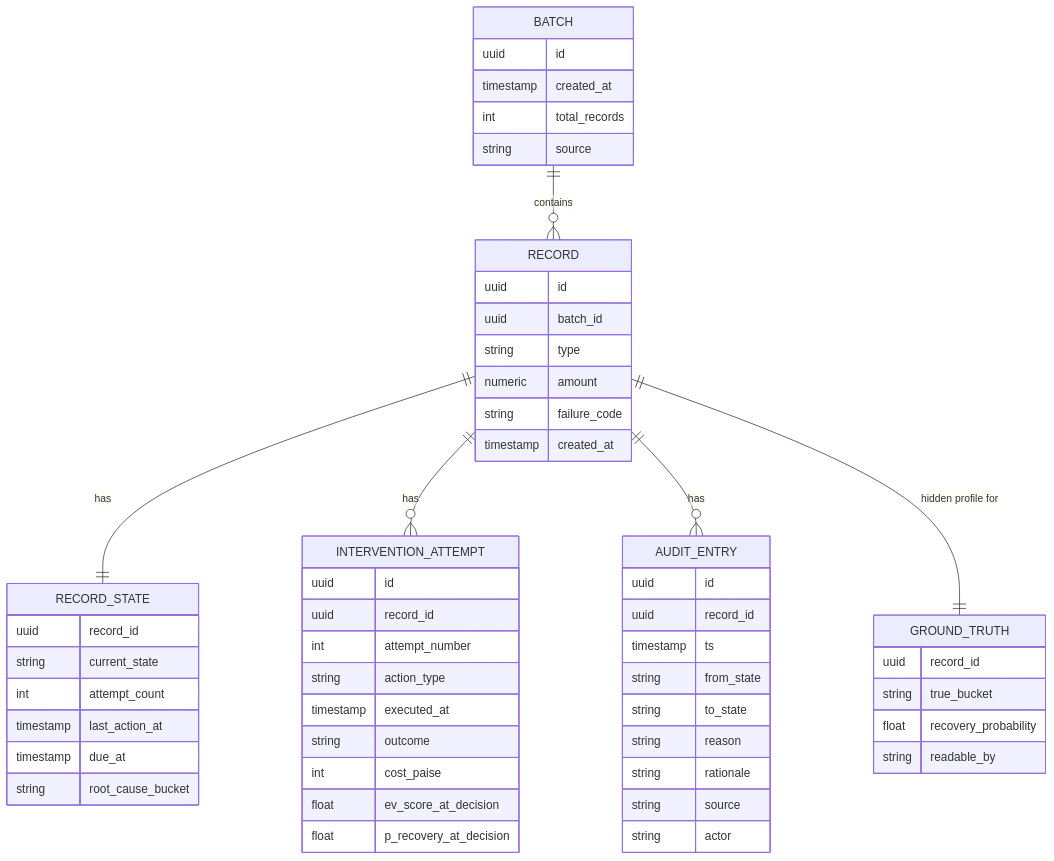
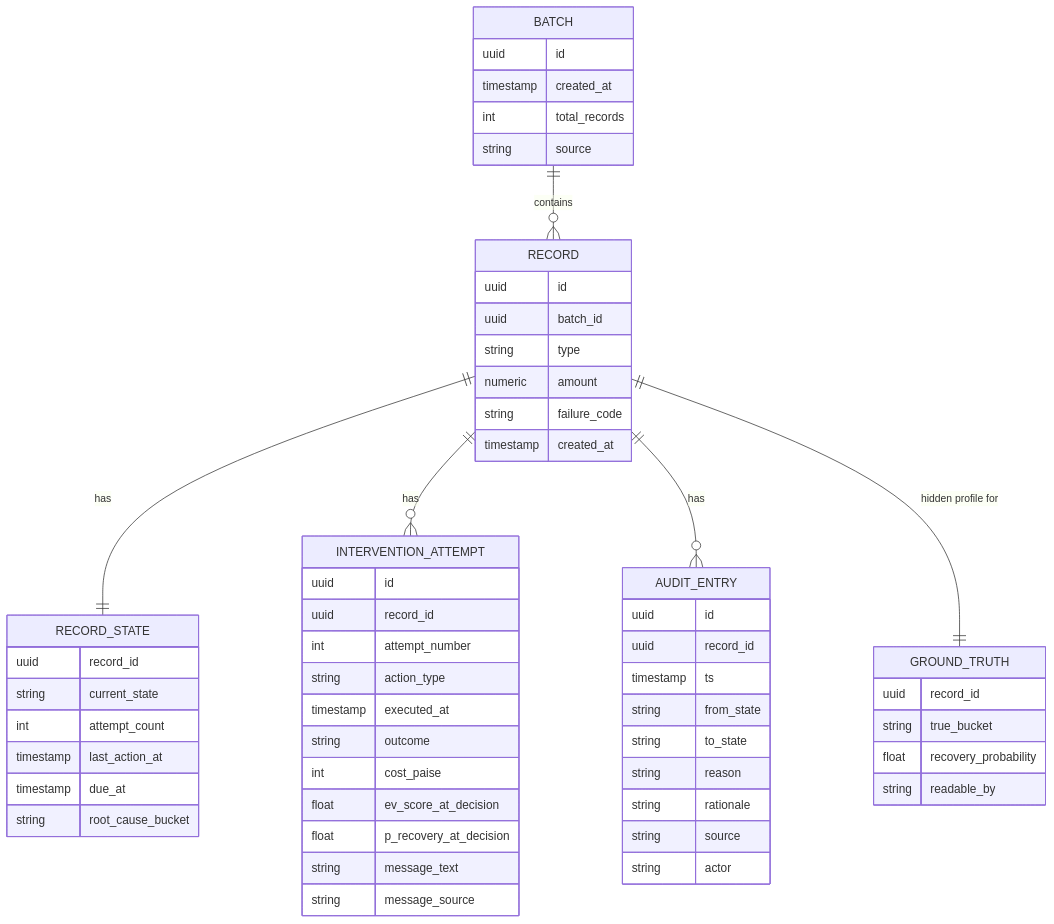
The fifth of 5 diagrams in docs/ARCHITECTURE.md (thisizaro/Momotaro), drawn with Mermaid before and after one commit. The commit also changed other lines of this file and 8 other files, not shown here.

````diff
--- a/docs/ARCHITECTURE.md
+++ b/docs/ARCHITECTURE.md
@@ -893,59 +942,61 @@
 ```mermaid
 erDiagram
     BATCH ||--o{ RECORD : contains
     RECORD ||--|| RECORD_STATE : has
     RECORD ||--o{ INTERVENTION_ATTEMPT : has
     RECORD ||--o{ AUDIT_ENTRY : has
     RECORD ||--|| GROUND_TRUTH : "hidden profile for"
 
     BATCH {
         uuid id
         timestamp created_at
         int total_records
         string source
     }
     RECORD {
         uuid id
         uuid batch_id
         string type
         numeric amount
         string failure_code
         timestamp created_at
     }
     RECORD_STATE {
         uuid record_id
         string current_state
         int attempt_count
         timestamp last_action_at
         timestamp due_at
         string root_cause_bucket
     }
     INTERVENTION_ATTEMPT {
         uuid id
         uuid record_id
         int attempt_number
         string action_type
         timestamp executed_at
         string outcome
         int cost_paise
         float ev_score_at_decision
         float p_recovery_at_decision
+        string message_text
+        string message_source
     }
     AUDIT_ENTRY {
         uuid id
         uuid record_id
         timestamp ts
         string from_state
         string to_state
         string reason
         string rationale
         string source
         string actor
     }
     GROUND_TRUTH {
         uuid record_id
         string true_bucket
         float recovery_probability
         string readable_by
     }
 ```
````
